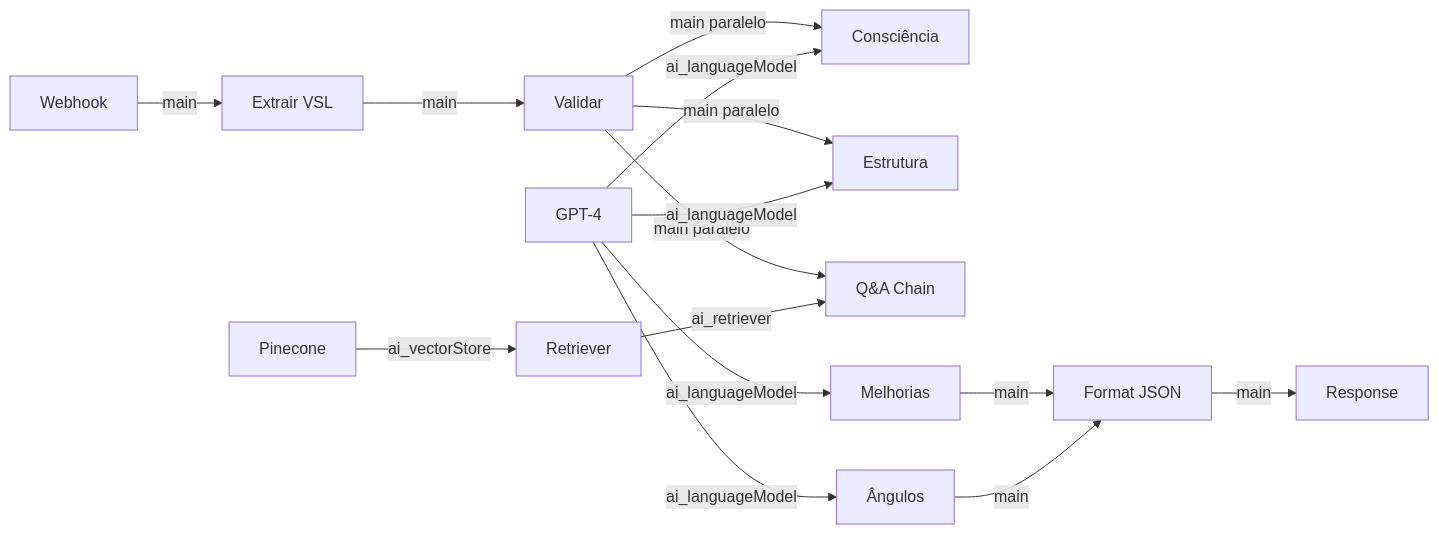
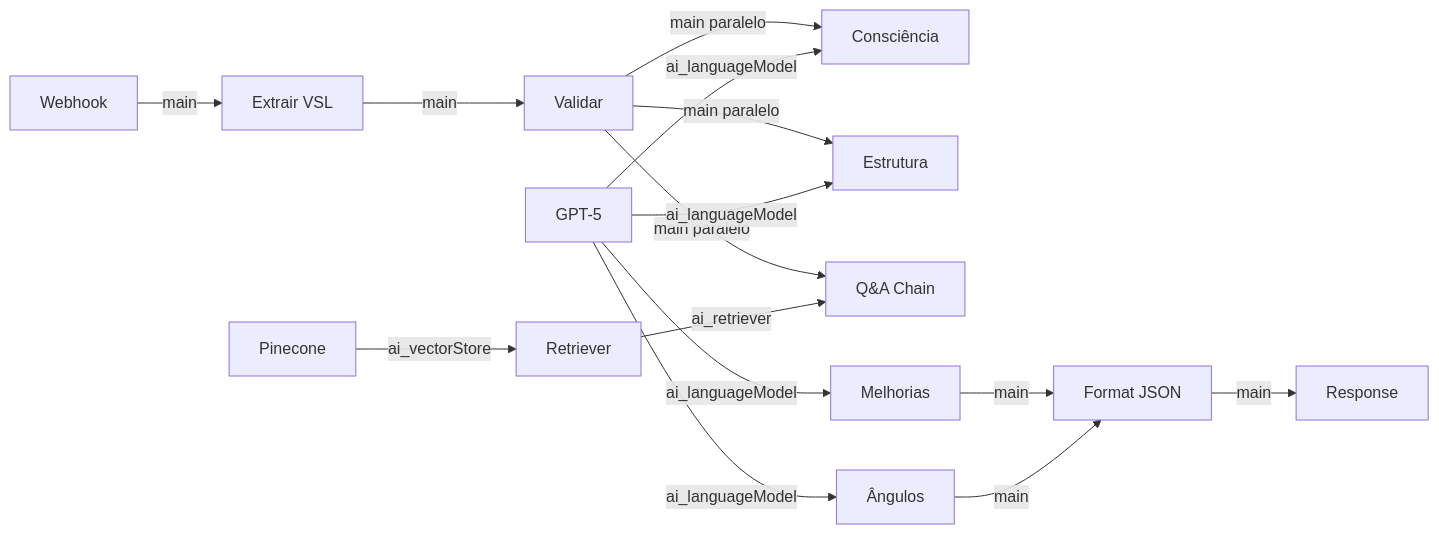
Before and after one commit to alvaroprs8/vitascience: the diagram in .cursor/rules/node-documentation.md, drawn with Mermaid. The commit also changed other lines of this file, not shown here.

Commit message:
docs(n8n): migrar documentação para GPT-5 (maxCompletionTokens, conexões, KPIs)

````diff
--- a/.cursor/rules/node-documentation.md
+++ b/.cursor/rules/node-documentation.md
@@ -724,20 +726,20 @@
 ```mermaid
 graph LR
     A[Webhook] -->|main| B[Extrair VSL]
     B -->|main| C[Validar]
     C -->|main paralelo| D[Consciência]
     C -->|main paralelo| E[Estrutura]
     C -->|main paralelo| F[Q&A Chain]
     
-    G[GPT-4] -->|ai_languageModel| D
+    G[GPT-5] -->|ai_languageModel| D
     G -->|ai_languageModel| E
     G -->|ai_languageModel| H[Melhorias]
     G -->|ai_languageModel| I[Ângulos]
     
     J[Pinecone] -->|ai_vectorStore| K[Retriever]
     K -->|ai_retriever| F
     
     H -->|main| L[Format JSON]
     I -->|main| L
     L -->|main| M[Response]
 ```
````
